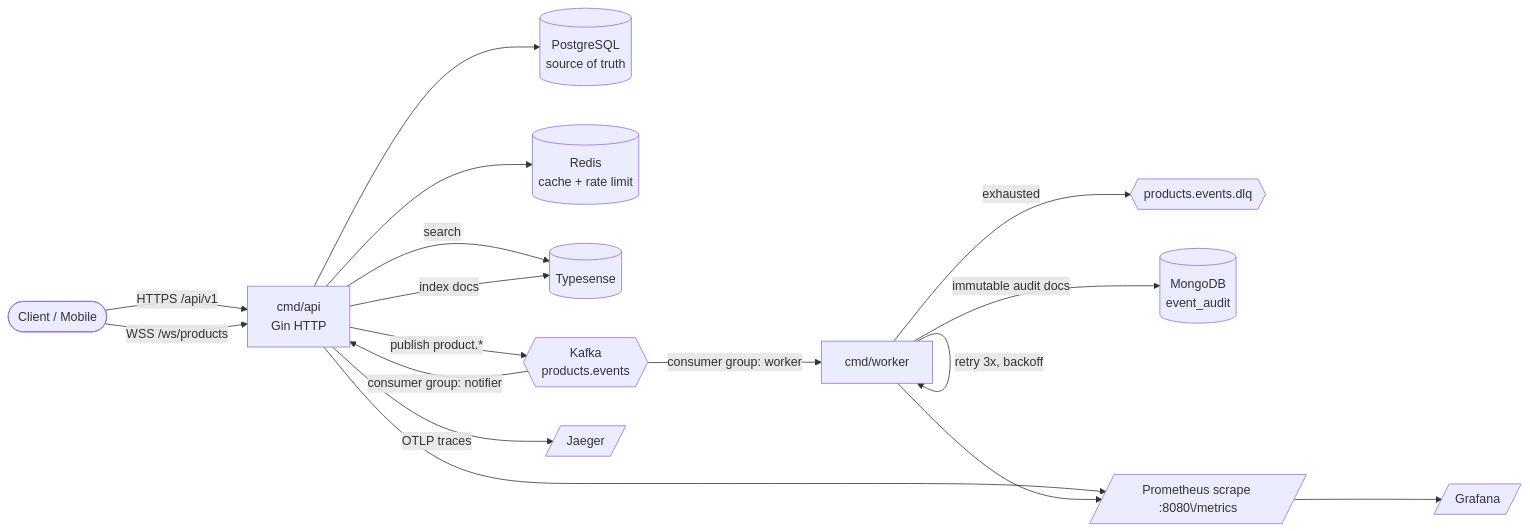
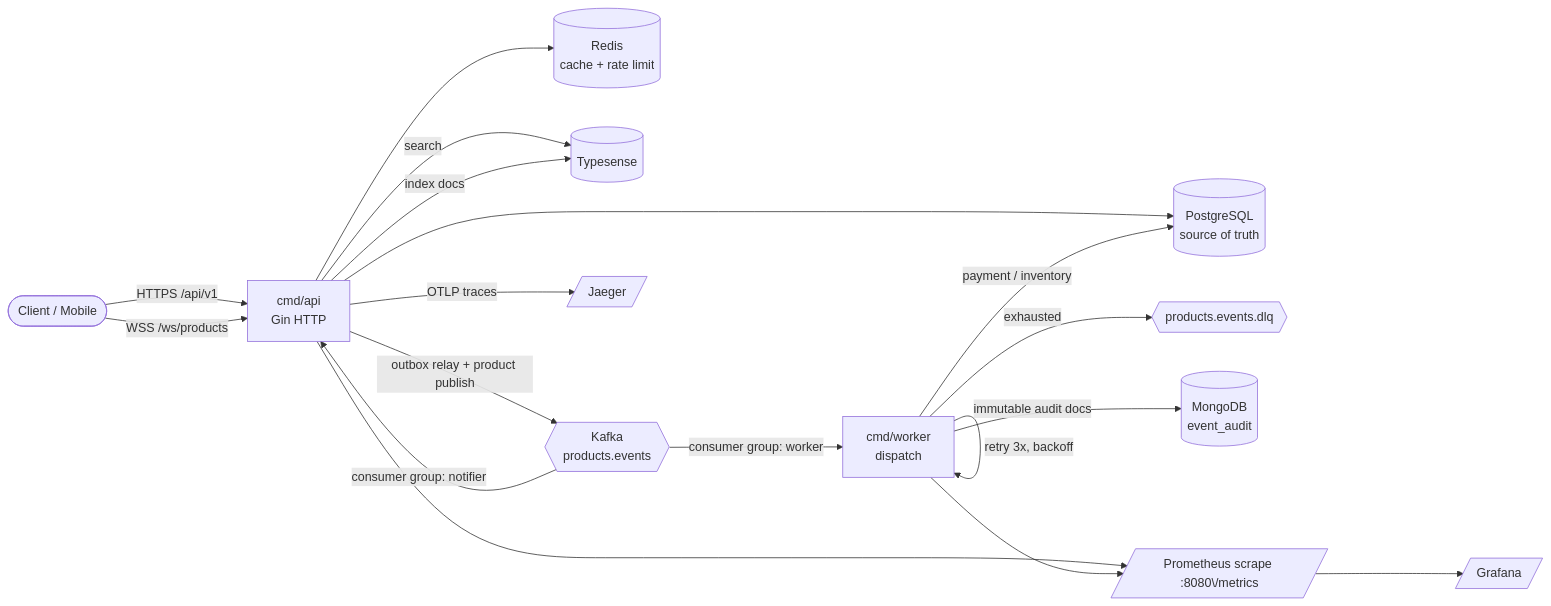
One commit to VerdoFanv/go-commerce changed the diagram in README.md. Above: the diagram before and after it, drawn with Mermaid. The commit also changed other lines of this file and 12 other files, not shown here.

````diff
--- a/README.md
+++ b/README.md
@@ -79,23 +84,24 @@
 ```mermaid
 flowchart LR
     Client([Client / Mobile]) -->|HTTPS /api/v1| API[cmd/api<br/>Gin HTTP]
     Client -->|WSS /ws/products| API
 
     API --> PG[(PostgreSQL<br/>source of truth)]
     API --> Redis[(Redis<br/>cache + rate limit)]
     API -->|search| TS[(Typesense)]
     API -->|index docs| TS
 
-    API -->|publish product.*| Kafka{{Kafka<br/>products.events}}
+    API -->|outbox relay + product publish| Kafka{{Kafka<br/>products.events}}
 
     Kafka -->|consumer group: notifier| API
-    Kafka -->|consumer group: worker| Worker[cmd/worker]
+    Kafka -->|consumer group: worker| Worker[cmd/worker<br/>dispatch]
+    Worker -->|payment / inventory| PG
     Worker -->|retry 3x, backoff| Worker
     Worker -->|exhausted| DLQ{{products.events.dlq}}
     Worker -->|immutable audit docs| Mongo[(MongoDB<br/>event_audit)]
 
     API --> Prom[/Prometheus scrape :8080\/metrics/]
     Worker --> Prom
     API -->|OTLP traces| Jaeger[/Jaeger/]
     Prom --> Grafana[/Grafana/]
 ```
````
